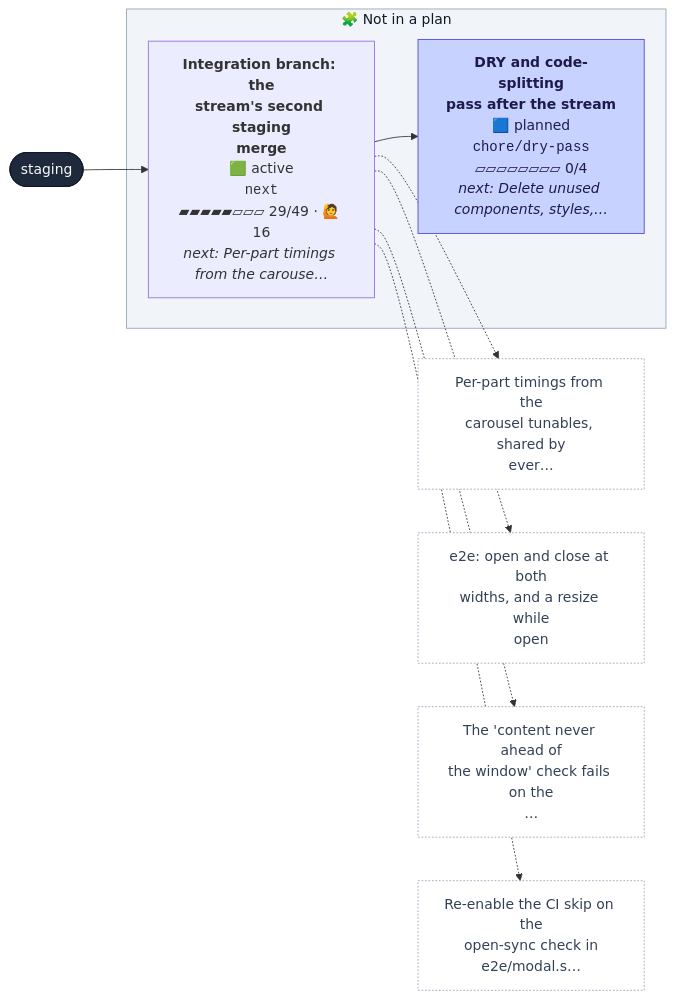
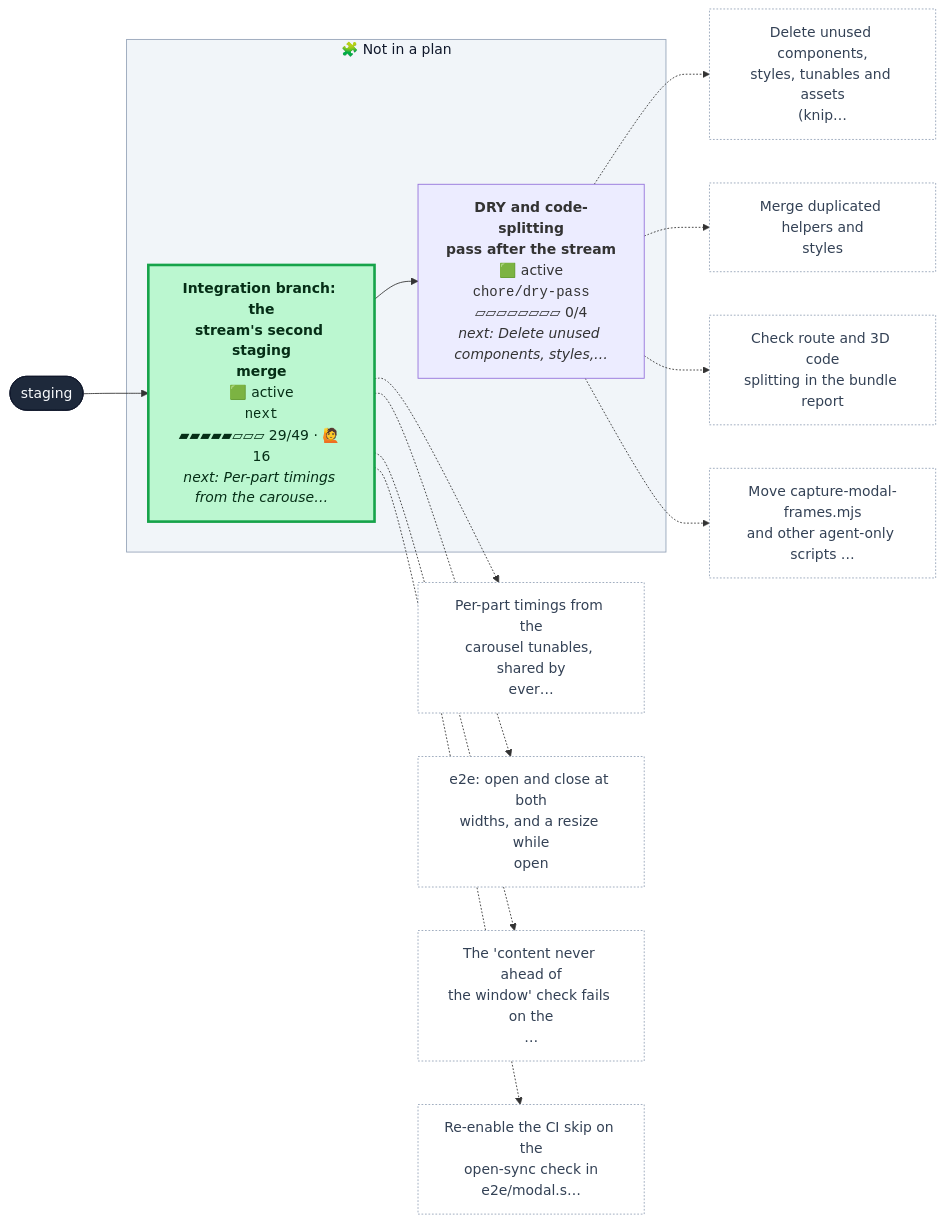
One commit to henryjonescodes/portfolio changed the first of 2 diagrams in CONTRIBUTING.md. Above: the diagram before and after it, drawn with Mermaid. The commit also changed other lines of this file and 2 other files, not shown here.

````diff
--- a/CONTRIBUTING.md
+++ b/CONTRIBUTING.md
@@ -16,35 +16,47 @@
 ```mermaid
 flowchart LR
   n_staging([staging])
   class n_staging trunk
   subgraph loose["🧩 Not in a plan"]
-    n_chore_dry_pass["<b>DRY and code-splitting<br/>pass after the stream</b><br/>🟦 planned<br/><code>chore/dry-pass</code><br/>▱▱▱▱▱▱▱▱ 0/4<br/><i>next: Delete unused components, styles,…</i>"]
-    class n_chore_dry_pass planned
+    n_chore_dry_pass["<b>DRY and code-splitting<br/>pass after the stream</b><br/>🟩 active<br/><code>chore/dry-pass</code><br/>▱▱▱▱▱▱▱▱ 0/4<br/><i>next: Delete unused components, styles,…</i>"]
+    class n_chore_dry_pass active,current
     n_next["<b>Integration branch: the<br/>stream's second staging<br/>merge</b><br/>🟩 active<br/><code>next</code><br/>▰▰▰▰▰▱▱▱ 29/49 · 🙋 16<br/><i>next: Per-part timings from the carouse…</i>"]
-    class n_next active,current
+    class n_next active
   end
   style loose fill:#f1f5f9,stroke:#94a3b8,color:#0f172a
   n_next --> n_chore_dry_pass
   n_staging --> n_next
+  n_chore_dry_pass_t0["Delete unused components,<br/>styles, tunables and assets<br/>(knip…"]
+  class n_chore_dry_pass_t0 todo
+  n_chore_dry_pass -.-> n_chore_dry_pass_t0
+  n_chore_dry_pass_t1["Merge duplicated helpers and<br/>styles"]
+  class n_chore_dry_pass_t1 todo
+  n_chore_dry_pass -.-> n_chore_dry_pass_t1
+  n_chore_dry_pass_t2["Check route and 3D code<br/>splitting in the bundle report"]
+  class n_chore_dry_pass_t2 todo
+  n_chore_dry_pass -.-> n_chore_dry_pass_t2
+  n_chore_dry_pass_t3["Move capture-modal-frames.mjs<br/>and other agent-only scripts …"]
+  class n_chore_dry_pass_t3 todo
+  n_chore_dry_pass -.-> n_chore_dry_pass_t3
   n_next_t0["Per-part timings from the<br/>carousel tunables, shared by<br/>ever…"]
   class n_next_t0 todo
   n_next -.-> n_next_t0
   n_next_t1["e2e: open and close at both<br/>widths, and a resize while<br/>open"]
   class n_next_t1 todo
   n_next -.-> n_next_t1
   n_next_t2["The 'content never ahead of<br/>the window' check fails on the<br/>…"]
   class n_next_t2 todo
   n_next -.-> n_next_t2
   n_next_t3["Re-enable the CI skip on the<br/>open-sync check in<br/>e2e/modal.s…"]
   class n_next_t3 todo
   n_next -.-> n_next_t3
   classDef merged fill:#dcfce7,stroke:#16a34a,color:#052e16
   classDef todo fill:#ffffff,stroke:#94a3b8,stroke-dasharray:2 2,color:#334155
   classDef planned fill:#c7d2fe,stroke:#4f46e5,color:#1e1b4b
   classDef sketched fill:#f8fafc,stroke:#64748b,stroke-dasharray:4 3,color:#334155
   classDef active fill:#bbf7d0,stroke:#16a34a,stroke-width:3px,color:#052e16
   classDef review fill:#fde68a,stroke:#d97706,stroke-width:3px,color:#451a03
   classDef blocked fill:#fecaca,stroke:#dc2626,stroke-width:3px,color:#450a0a
   classDef trunk fill:#1e293b,stroke:#0f172a,color:#f8fafc
   classDef current stroke:#0ea5e9,stroke-width:5px
 ```
````
